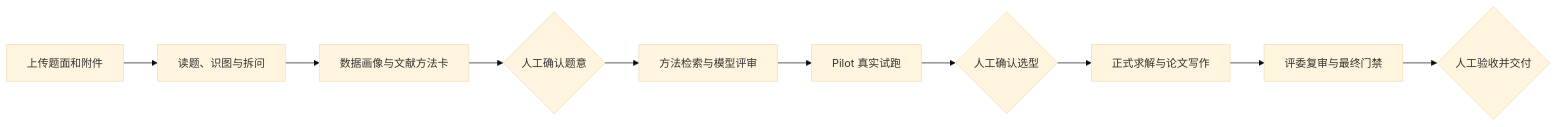
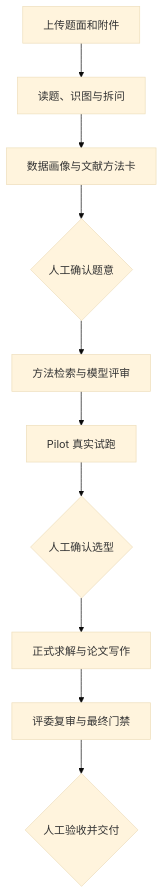
One commit to ysm827/Remit changed the diagram in README.md. Above: the diagram before and after it, drawn with Mermaid (base theme).

Commit message:
docs: stack the README workflow vertically

````diff
--- a/README.md
+++ b/README.md
@@ -60,12 +60,12 @@
 ```mermaid
-flowchart LR
+flowchart TD
     A[上传题面和附件] --> B[读题、识图与拆问]
     B --> C[数据画像与文献方法卡]
     C --> D{人工确认题意}
     D --> E[方法检索与模型评审]
     E --> F[Pilot 真实试跑]
     F --> G{人工确认选型}
     G --> H[正式求解与论文写作]
     H --> I[评委复审与最终门禁]
     I --> J{人工验收并交付}
 ```
````
